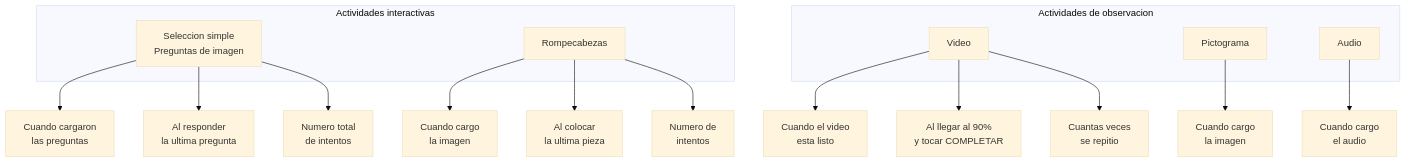
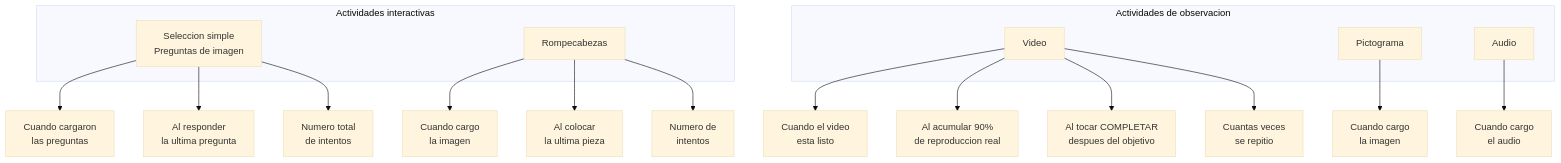
One commit to Josue-Flores-Parra/app_autismo_uabc changed the sixth of 9 diagrams in docs/decisions/telemetry-architecture-diagrams.md. Above: the diagram before and after it, drawn with Mermaid (base theme). The commit also changed 11 other files, not shown here.

````diff
--- a/docs/decisions/telemetry-architecture-diagrams.md
+++ b/docs/decisions/telemetry-architecture-diagrams.md
@@ -120,28 +120,29 @@
 ```mermaid
 flowchart TD
     subgraph Interactivas["Actividades interactivas"]
         SS[Seleccion simple\nPreguntas de imagen]
         PZ[Rompecabezas]
     end
 
     subgraph Observacion["Actividades de observacion"]
         VI[Video]
         PI[Pictograma]
         AU[Audio]
     end
 
     SS --> I1[Cuando cargaron\nlas preguntas]
     SS --> I2[Al responder\nla ultima pregunta]
     SS --> I3[Numero total\nde intentos]
 
     PZ --> P1[Cuando cargo\nla imagen]
     PZ --> P2[Al colocar\nla ultima pieza]
     PZ --> P3[Numero de\nintentos]
 
     VI --> V1[Cuando el video\nesta listo]
-    VI --> V2[Al llegar al 90%\ny tocar COMPLETAR]
+    VI --> V2[Al acumular 90%\nde reproduccion real]
+    VI --> V4[Al tocar COMPLETAR\ndespues del objetivo]
     VI --> V3[Cuantas veces\nse repitio]
 
     PI --> O1[Cuando cargo\nla imagen]
     AU --> A1[Cuando cargo\nel audio]
 ```
````
